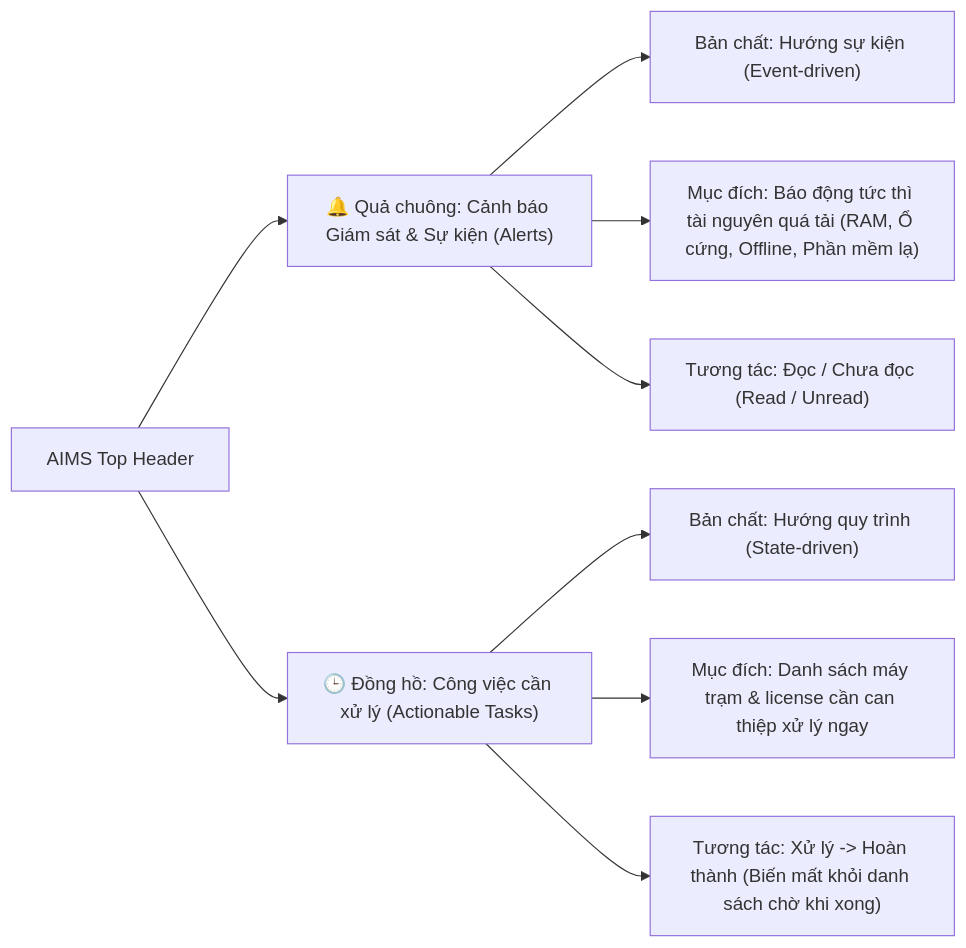
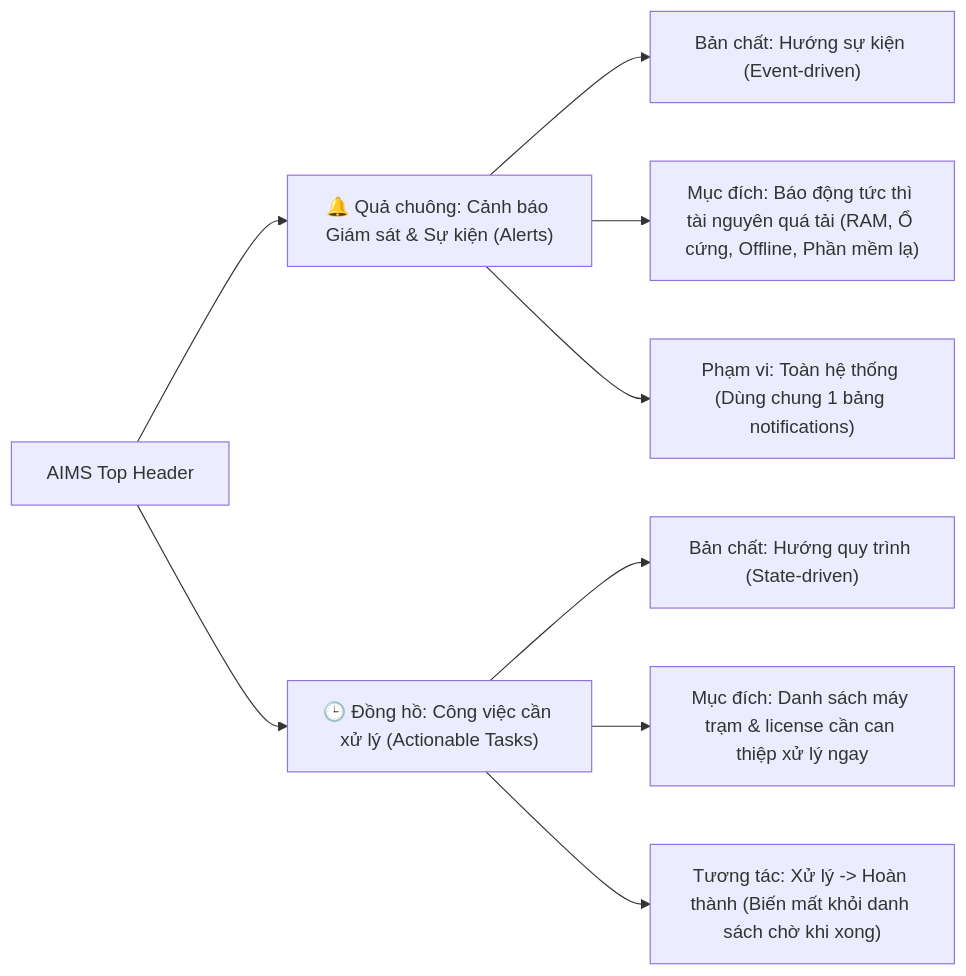
Before and after one commit to NguyenCong2806/aims-admin-frontend: the first of 2 diagrams in DOCS_NOTIFICATION_AND_PENDING_TASKS_SPEC.md, drawn with Mermaid. The commit also changed other lines of this file, not shown here.

Commit message:
docs: simplify backend schema to single global notifications table

````diff
--- a/DOCS_NOTIFICATION_AND_PENDING_TASKS_SPEC.md
+++ b/DOCS_NOTIFICATION_AND_PENDING_TASKS_SPEC.md
@@ -11,13 +14,13 @@
 ```mermaid
 flowchart LR
     A[AIMS Top Header] --> B["🔔 Quả chuông: Cảnh báo Giám sát & Sự kiện (Alerts)"]
     A --> C["🕒 Đồng hồ: Công việc cần xử lý (Actionable Tasks)"]
     
     B --> B1["Bản chất: Hướng sự kiện (Event-driven)"]
     B --> B2["Mục đích: Báo động tức thì tài nguyên quá tải (RAM, Ổ cứng, Offline, Phần mềm lạ)"]
-    B --> B3["Tương tác: Đọc / Chưa đọc (Read / Unread)"]
+    B --> B3["Phạm vi: Toàn hệ thống (Dùng chung 1 bảng notifications)"]
     
     C --> C1["Bản chất: Hướng quy trình (State-driven)"]
     C --> C2["Mục đích: Danh sách máy trạm & license cần can thiệp xử lý ngay"]
     C --> C3["Tương tác: Xử lý -> Hoàn thành (Biến mất khỏi danh sách chờ khi xong)"]
 ```
````
